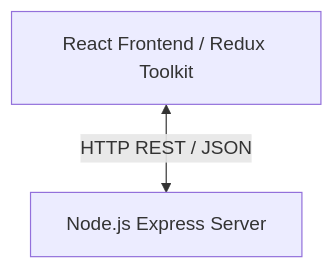
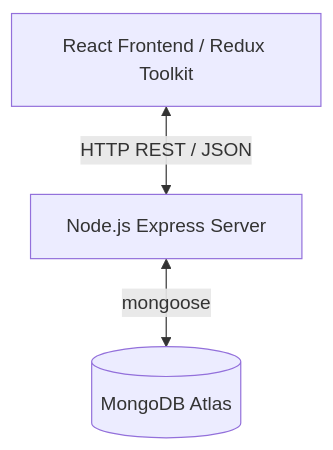
Before and after one commit to hassaan871/Callback: the diagram in docs/README.md, drawn with Mermaid. The commit also changed other lines of this file and 13 other files, not shown here.

````diff
--- a/docs/README.md
+++ b/docs/README.md
@@ -39,4 +36,5 @@
 ```mermaid
 graph TD
     Client[React Frontend / Redux Toolkit] <-->|HTTP REST / JSON| Server[Node.js Express Server]
+    Server <-->|mongoose| DB[(MongoDB Atlas)]
 ```
````
